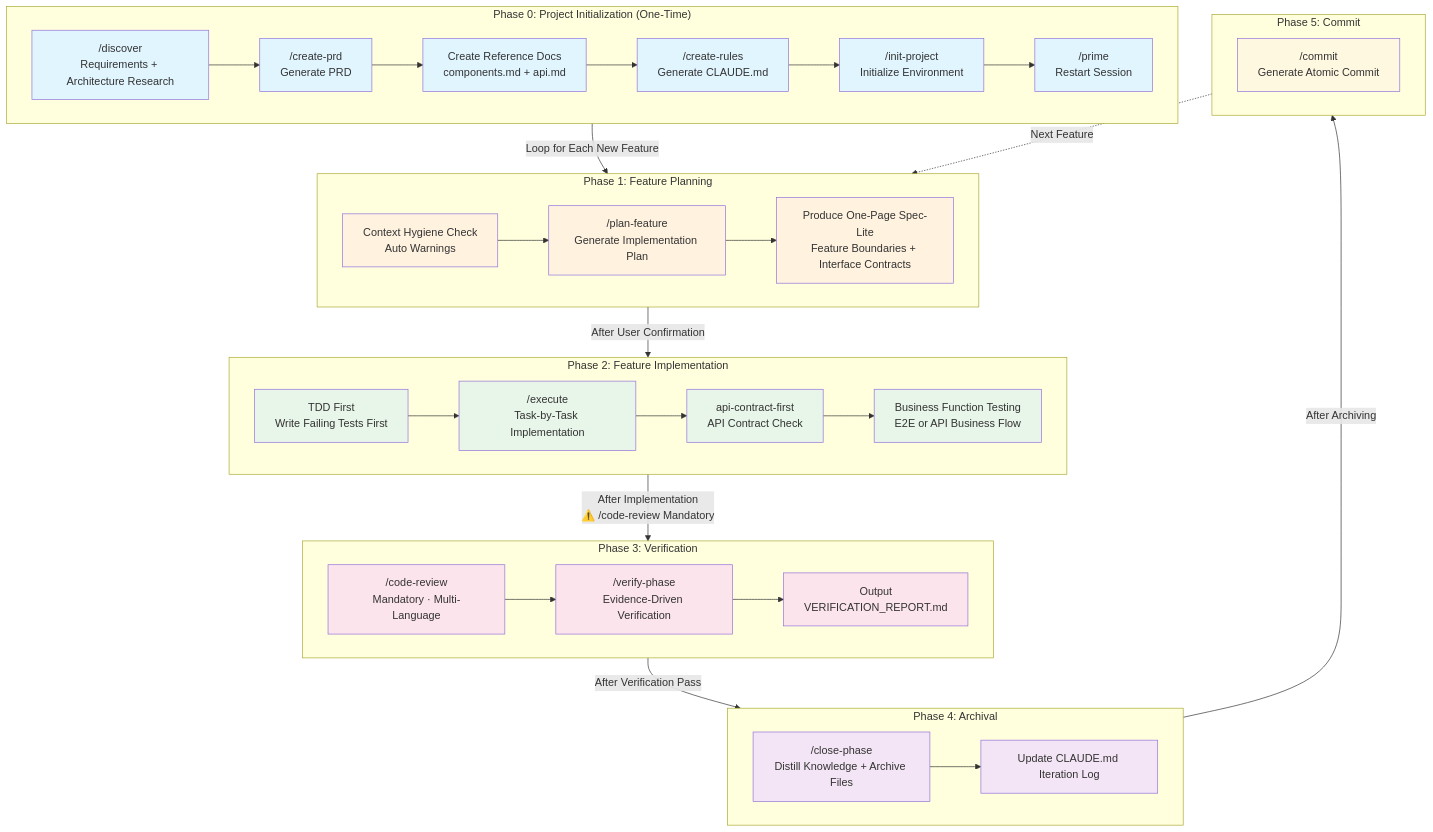
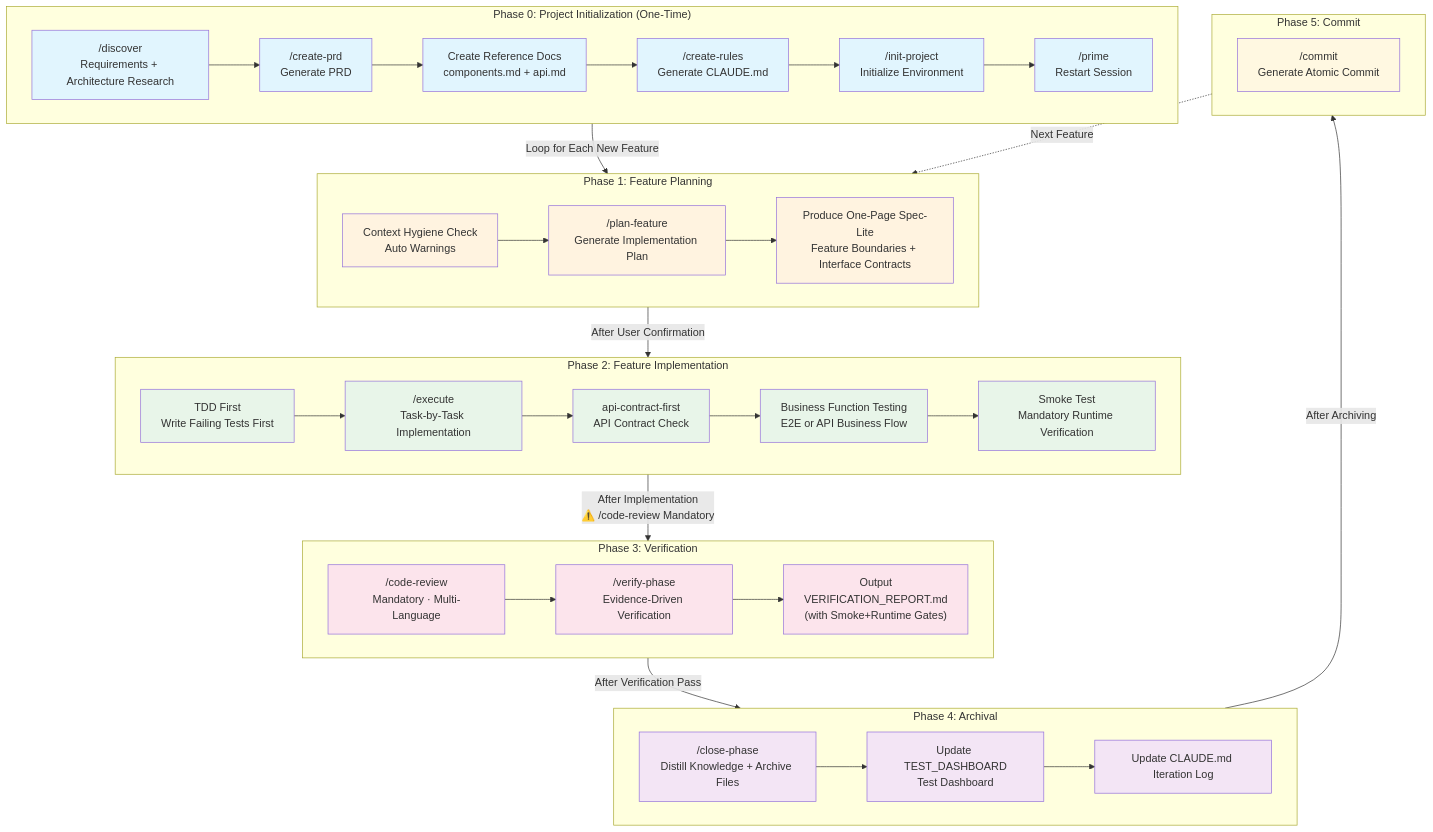
The second of 2 diagrams in README.en.md (cham-space/AICAM), drawn with Mermaid before and after one commit. The commit also changed other lines of this file and 18 other files, not shown here.

First line of the commit message:
enhance(workflow): v1.1.0 — Smoke Test gate, TDD tightening, TEST_DASHBOARD

````diff
--- a/README.en.md
+++ b/README.en.md
@@ -323,54 +350,56 @@
 ```mermaid
 graph TD
     subgraph Phase0["Phase 0: Project Initialization (One-Time)"]
         P0A["/discover\nRequirements + Architecture Research"] --> P0B["/create-prd\nGenerate PRD"]
         P0B --> P0C["Create Reference Docs\ncomponents.md + api.md"]
         P0C --> P0D["/create-rules\nGenerate CLAUDE.md"]
         P0D --> P0E["/init-project\nInitialize Environment"]
         P0E --> P0F["/prime\nRestart Session"]
     end
 
     subgraph Phase1["Phase 1: Feature Planning"]
         P1A["Context Hygiene Check\nAuto Warnings"] --> P1B["/plan-feature\nGenerate Implementation Plan"]
         P1B --> P1C["Produce One-Page Spec-Lite\nFeature Boundaries + Interface Contracts"]
     end
 
     subgraph Phase2["Phase 2: Feature Implementation"]
         P2A["TDD First\nWrite Failing Tests First"] --> P2B["/execute\nTask-by-Task Implementation"]
         P2B --> P2C["api-contract-first\nAPI Contract Check"]
         P2C --> P2D["Business Function Testing\nE2E or API Business Flow"]
+        P2D --> P2E["Smoke Test\nMandatory Runtime Verification"]
     end
 
     subgraph Phase3["Phase 3: Verification"]
         P3A["/code-review\nMandatory · Multi-Language"] --> P3B["/verify-phase\nEvidence-Driven Verification"]
-        P3B --> P3R["Output\nVERIFICATION_REPORT.md"]
+        P3B --> P3R["Output\nVERIFICATION_REPORT.md\n(with Smoke+Runtime Gates)"]
     end
 
     subgraph Phase4["Phase 4: Archival"]
-        P4A["/close-phase\nDistill Knowledge + Archive Files"] --> P4R["Update CLAUDE.md Iteration Log"]
+        P4A["/close-phase\nDistill Knowledge + Archive Files"] --> P4B["Update TEST_DASHBOARD\nTest Dashboard"]
+        P4B --> P4R["Update CLAUDE.md Iteration Log"]
     end
 
     subgraph Phase5["Phase 5: Commit"]
         P5A["/commit\nGenerate Atomic Commit"]
     end
 
     Phase0 -->|"Loop for Each New Feature"| Phase1
     Phase1 -->|"After User Confirmation"| Phase2
     Phase2 -->|"After Implementation\n⚠️ /code-review Mandatory"| Phase3
     Phase3 -->|"After Verification Pass"| Phase4
     Phase4 -->|"After Archiving"| Phase5
     Phase5 -.->|"Next Feature"| Phase1
 
     classDef phase0 fill:#e1f5fe
     classDef phase1 fill:#fff3e0
     classDef phase2 fill:#e8f5e9
     classDef phase3 fill:#fce4ec
     classDef phase4 fill:#f3e5f5
     classDef phase5 fill:#fff8e1
     class P0A,P0B,P0C,P0D,P0E,P0F phase0
     class P1A,P1B,P1C phase1
-    class P2A,P2B,P2C,P2D phase2
+    class P2A,P2B,P2C,P2D,P2E phase2
     class P3A,P3B,P3R phase3
-    class P4A,P4R phase4
+    class P4A,P4B,P4R phase4
     class P5A phase5
 ```
````
